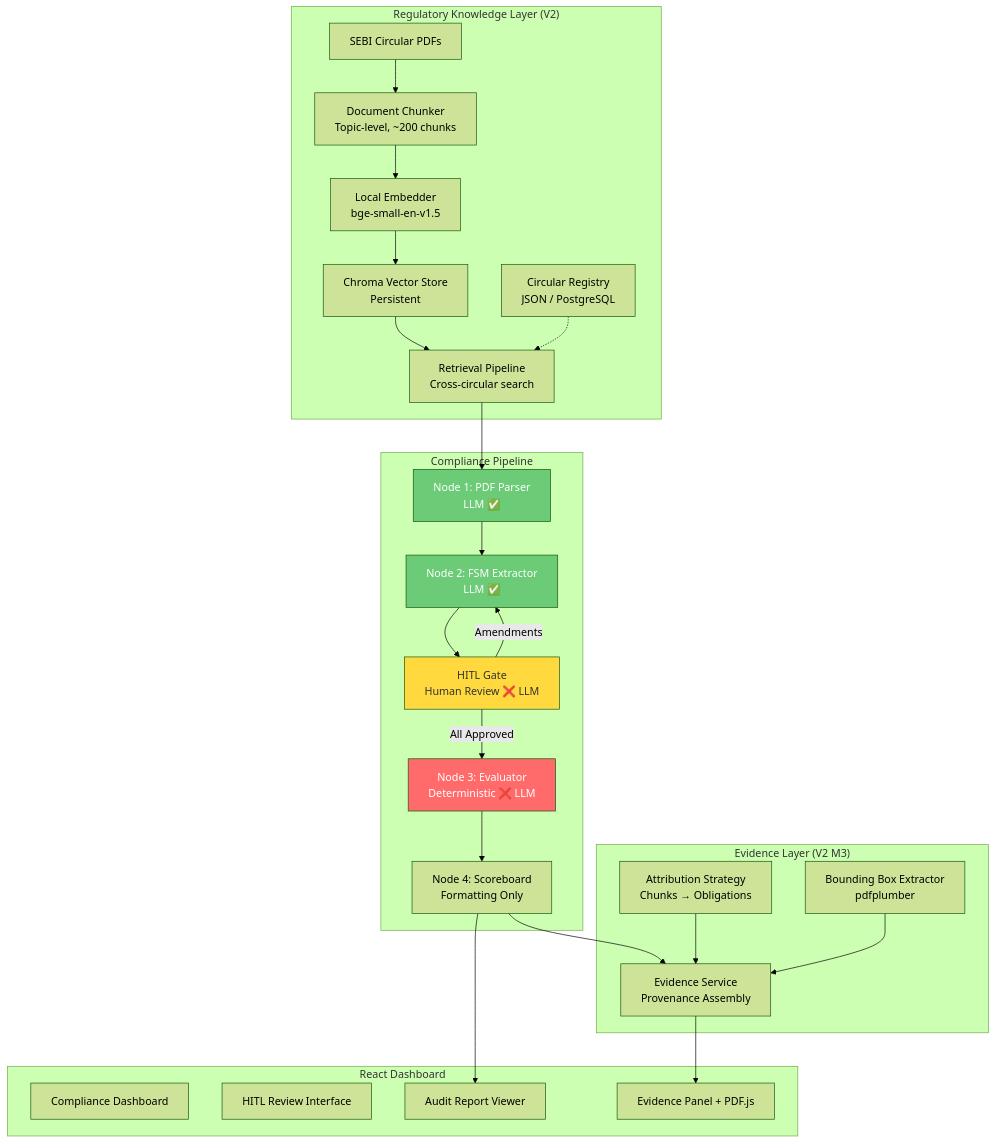
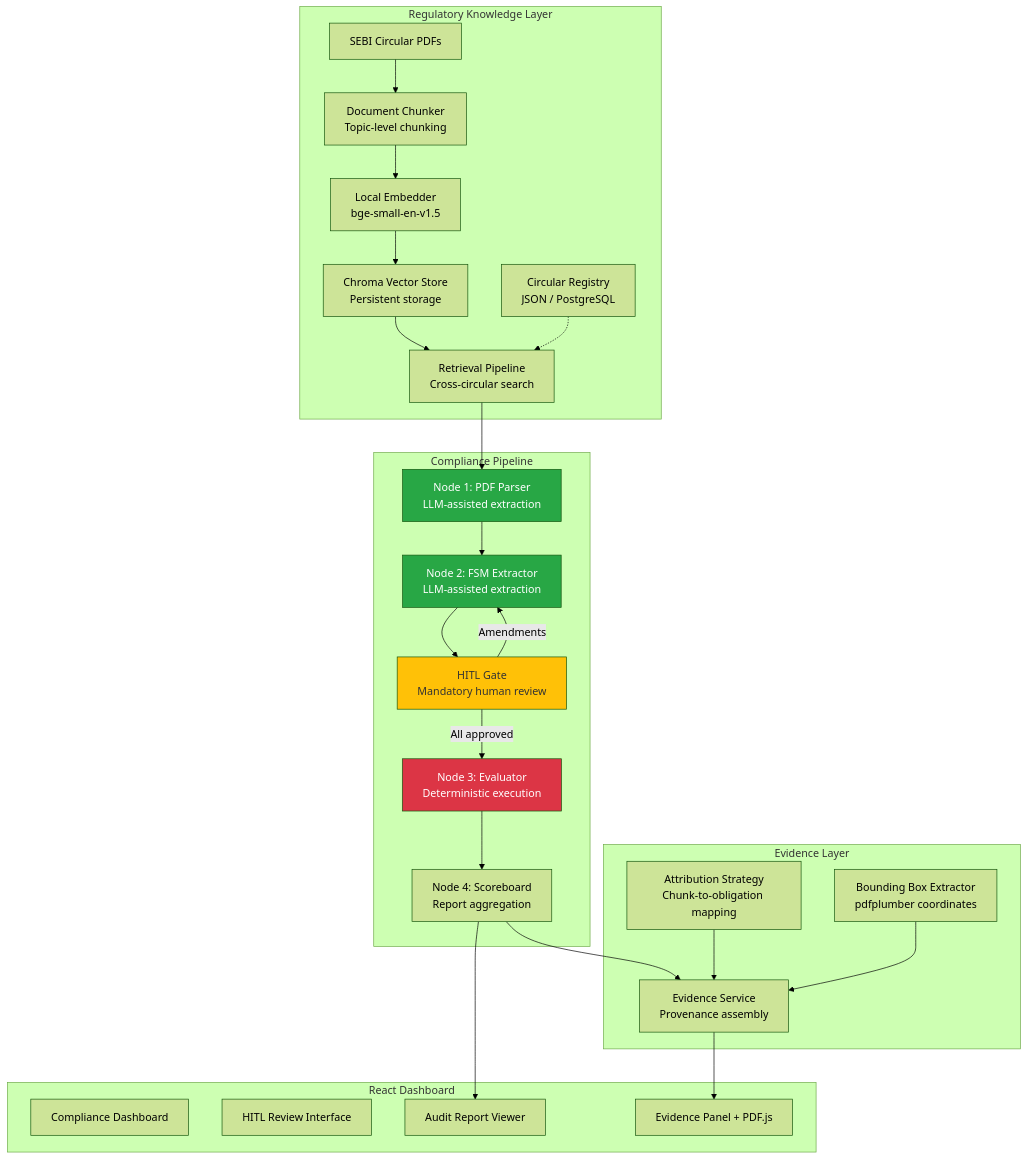
Before and after one commit to ShashankT-ECE/agentic-compliance: the diagram in README.md, drawn with Mermaid (forest theme). The commit also changed other lines of this file, not shown here.

````diff
--- a/README.md
+++ b/README.md
@@ -168,51 +179,51 @@
 ```mermaid
 graph TB
-    subgraph RAG["Regulatory Knowledge Layer (V2)"]
+    subgraph RAG["Regulatory Knowledge Layer"]
         PDF["SEBI Circular PDFs"]
-        Chunker["Document Chunker<br/>Topic-level, ~200 chunks"]
+        Chunker["Document Chunker<br/>Topic-level chunking"]
         Embedder["Local Embedder<br/>bge-small-en-v1.5"]
-        Chroma["Chroma Vector Store<br/>Persistent"]
+        Chroma["Chroma Vector Store<br/>Persistent storage"]
         Registry["Circular Registry<br/>JSON / PostgreSQL"]
         Retrieval["Retrieval Pipeline<br/>Cross-circular search"]
     end
 
     subgraph Pipeline["Compliance Pipeline"]
-        N1["Node 1: PDF Parser<br/>LLM ✅"]
-        N2["Node 2: FSM Extractor<br/>LLM ✅"]
-        HITL["HITL Gate<br/>Human Review ❌ LLM"]
-        N3["Node 3: Evaluator<br/>Deterministic ❌ LLM"]
-        N4["Node 4: Scoreboard<br/>Formatting Only"]
+        N1["Node 1: PDF Parser<br/>LLM-assisted extraction"]
+        N2["Node 2: FSM Extractor<br/>LLM-assisted extraction"]
+        HITL["HITL Gate<br/>Mandatory human review"]
+        N3["Node 3: Evaluator<br/>Deterministic execution"]
+        N4["Node 4: Scoreboard<br/>Report aggregation"]
     end
 
-    subgraph Evidence["Evidence Layer (V2 M3)"]
-        Attribution["Attribution Strategy<br/>Chunks → Obligations"]
-        BBox["Bounding Box Extractor<br/>pdfplumber"]
-        EvidenceSvc["Evidence Service<br/>Provenance Assembly"]
+    subgraph Evidence["Evidence Layer"]
+        Attribution["Attribution Strategy<br/>Chunk-to-obligation mapping"]
+        BBox["Bounding Box Extractor<br/>pdfplumber coordinates"]
+        EvidenceSvc["Evidence Service<br/>Provenance assembly"]
     end
 
     subgraph Frontend["React Dashboard"]
         Dash["Compliance Dashboard"]
         HITL_UI["HITL Review Interface"]
         Report["Audit Report Viewer"]
         Evidence_UI["Evidence Panel + PDF.js"]
     end
 
     PDF --> Chunker --> Embedder --> Chroma
     Chroma --> Retrieval
     Retrieval --> N1
     N1 --> N2 --> HITL
-    HITL -->|"All Approved"| N3
+    HITL -->|"All approved"| N3
     HITL -->|"Amendments"| N2
     N3 --> N4
     N4 --> Report
     N4 --> EvidenceSvc
     Attribution --> EvidenceSvc
     BBox --> EvidenceSvc
     EvidenceSvc --> Evidence_UI
     Registry -.-> Retrieval
 
-    style N3 fill:#ff6b6b,color:#fff
-    style HITL fill:#ffd93d,color:#333
-    style N1 fill:#6bcb77,color:#fff
-    style N2 fill:#6bcb77,color:#fff
+    style N3 fill:#dc3545,color:#fff
+    style HITL fill:#ffc107,color:#333
+    style N1 fill:#28a745,color:#fff
+    style N2 fill:#28a745,color:#fff
 ```
````
